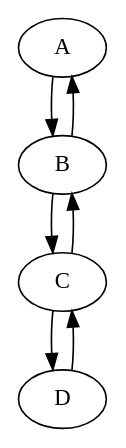
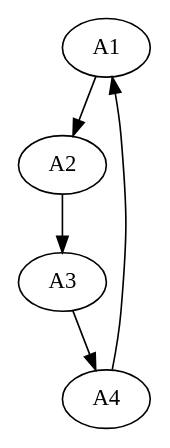
The diagram in graph.dot (samidaree/Moteur-de-resolution-de-debat), drawn with Graphviz before and after one commit. The commit also changed 4 other files, not shown here.

```diff
--- a/graph.dot
+++ b/graph.dot
@@ -1,9 +1,7 @@
 digraph debat {
-A->B;
-B->A;
-B->C;
-C->B;
-C->D;
-D->C;
+A1->A2;
+A2->A3;
+A3->A4;
+A4->A1;
 
 }
```
